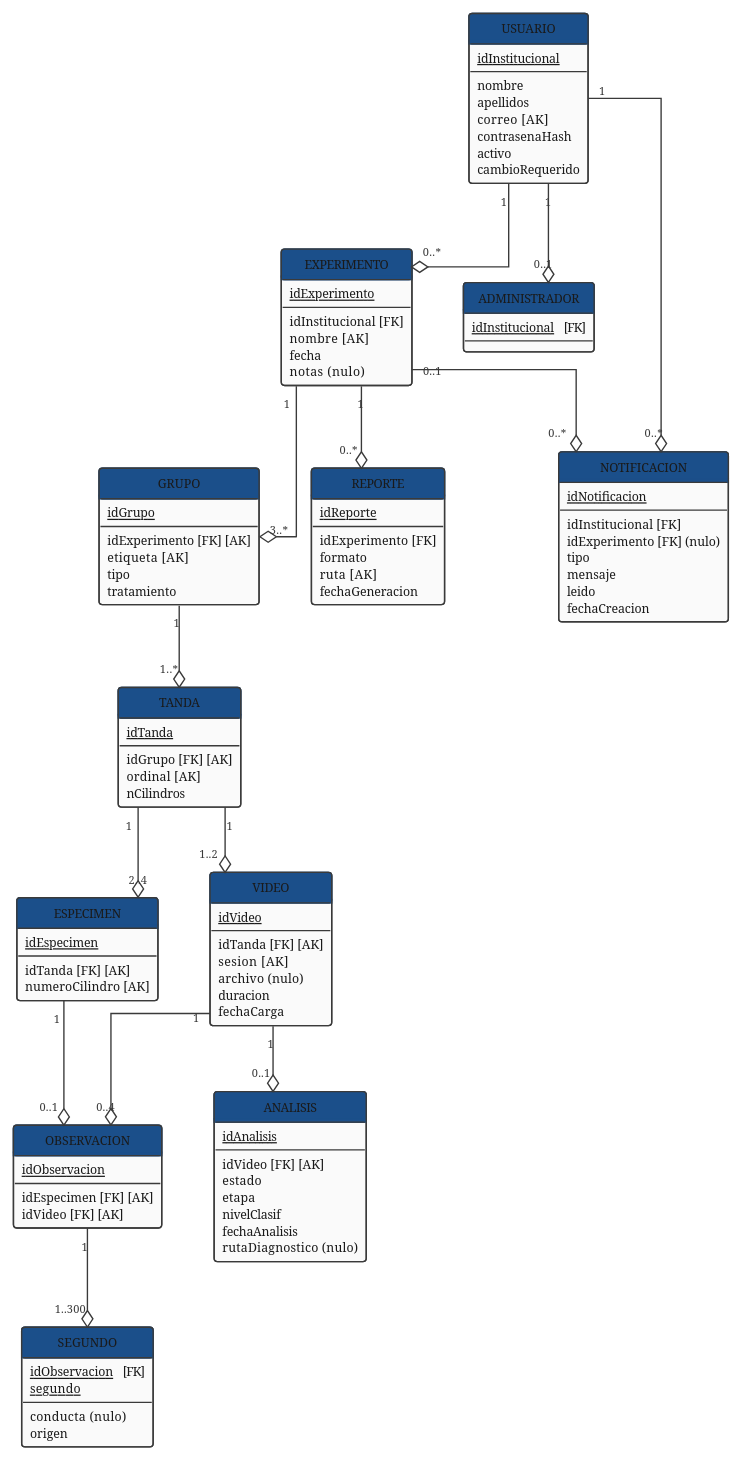
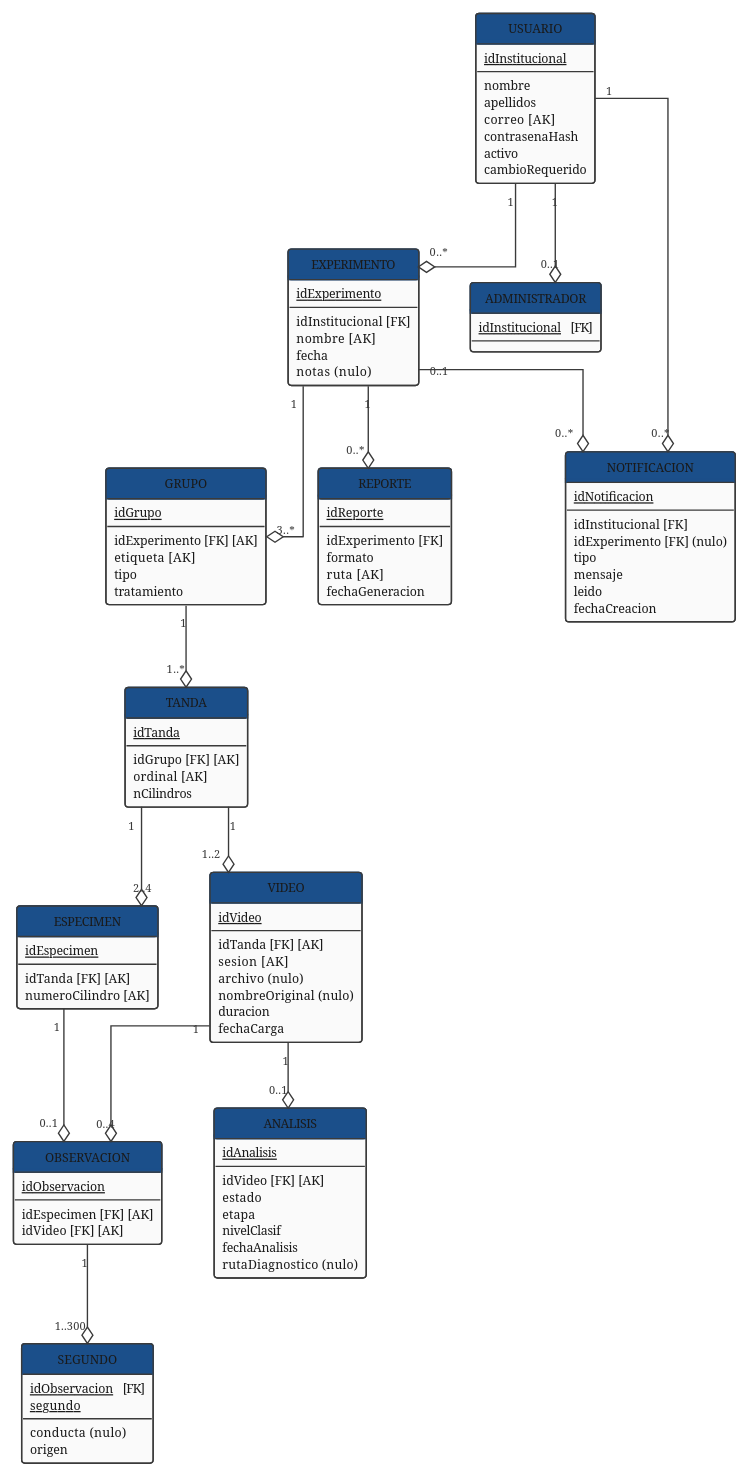
Before and after one commit to ErickJester/fst-ai-system-latex: the diagram in diagramas/grafo_relacional_3_vigente.puml, drawn with PlantUML. The commit also changed 17 other files, not shown here.

```diff
--- a/diagramas/grafo_relacional_3_vigente.puml
+++ b/diagramas/grafo_relacional_3_vigente.puml
@@ -13,7 +13,9 @@
 '  modelado como subtipo -- si el usuario no aparece aqui, es
 '  investigador simple.
 '
-'  12 relaciones - 57 atributos - 13 llaves foraneas.
+'  12 relaciones - 58 atributos - 13 llaves foraneas.
+'  (D-114, 20-oct: VIDEO.nombreOriginal, nombre del archivo como lo subio el
+'   usuario, solo para mostrar; nulo en videos anteriores. Sube de 57 a 58 atributos)
 '  (D-102, 14-oct: CONDUCTA deja de ser relacion y pasa a dominio
 '   cerrado tipo_conducta -- solo SEGUNDO la referenciaba, son cuatro
 '   valores fijos y no tiene atributos propios. Baja de 13 a 12
@@ -173,6 +175,7 @@
   idTanda   [FK] [AK]
   sesion   [AK]
   archivo   (nulo)
+  nombreOriginal   (nulo)
   duracion
   fechaCarga
 }
```
